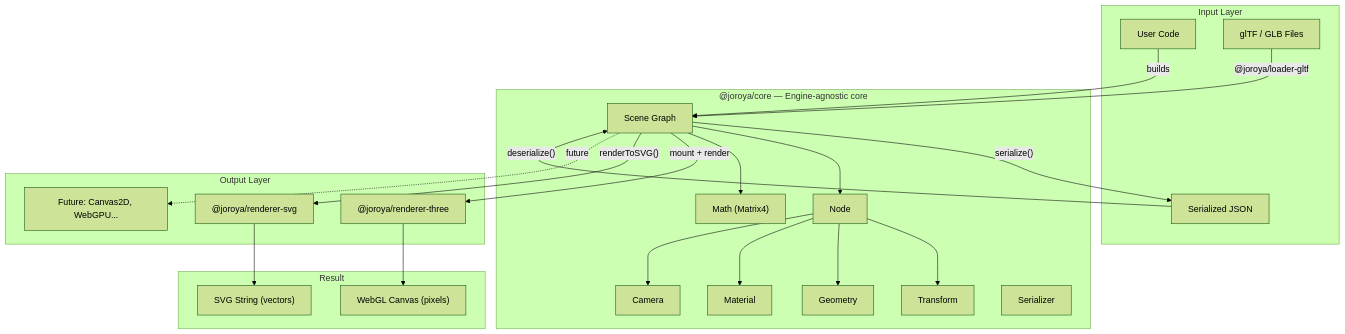
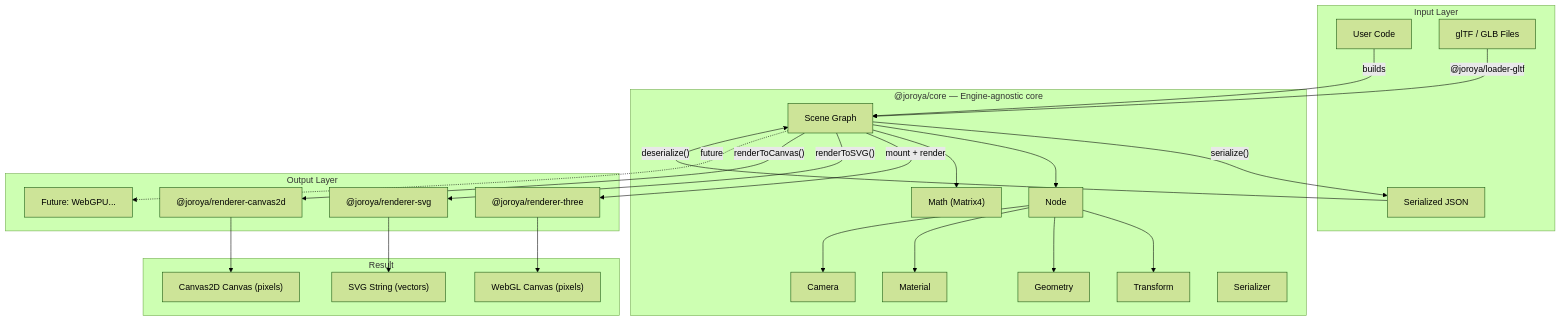
One commit to joshuacba08/oroya-animate changed the first of 5 diagrams in apps/web/src/content/docs/architecture.md. Above: the diagram before and after it, drawn with Mermaid (forest theme). The commit also changed other lines of this file and 39 other files, not shown here.

Commit message:
docs: initialize comprehensive documentation site and project architecture references

````diff
--- a/apps/web/src/content/docs/architecture.md
+++ b/apps/web/src/content/docs/architecture.md
@@ -18,49 +18,53 @@
 ```mermaid
 graph TD
     subgraph "Input Layer"
         UC["User Code"]
         GLTF["glTF / GLB Files"]
         JSON["Serialized JSON"]
     end
 
     subgraph "@joroya/core — Engine-agnostic core"
         SG["Scene Graph"]
         N["Node"]
         T["Transform"]
         G["Geometry"]
         M["Material"]
         C["Camera"]
         SER["Serializer"]
         MATH["Math (Matrix4)"]
     end
 
     subgraph "Output Layer"
         R3["@joroya/renderer-three"]
         RS["@joroya/renderer-svg"]
-        R_FUTURE["Future: Canvas2D, WebGPU..."]
+        RC["@joroya/renderer-canvas2d"]
+        R_FUTURE["Future: WebGPU..."]
     end
 
     subgraph "Result"
         WEBGL["WebGL Canvas (pixels)"]
         SVG["SVG String (vectors)"]
+        CANVAS["Canvas2D Canvas (pixels)"]
     end
 
     UC -->|"builds"| SG
     GLTF -->|"@joroya/loader-gltf"| SG
     JSON -->|"deserialize()"| SG
     SG -->|"serialize()"| JSON
 
     SG --> N
     N --> T
     N --> G
     N --> M
     N --> C
     SG --> MATH
 
     SG -->|"mount + render"| R3
     SG -->|"renderToSVG()"| RS
+    SG -->|"renderToCanvas()"| RC
     SG -.->|"future"| R_FUTURE
 
     R3 --> WEBGL
     RS --> SVG
+    RC --> CANVAS
 ```
````
